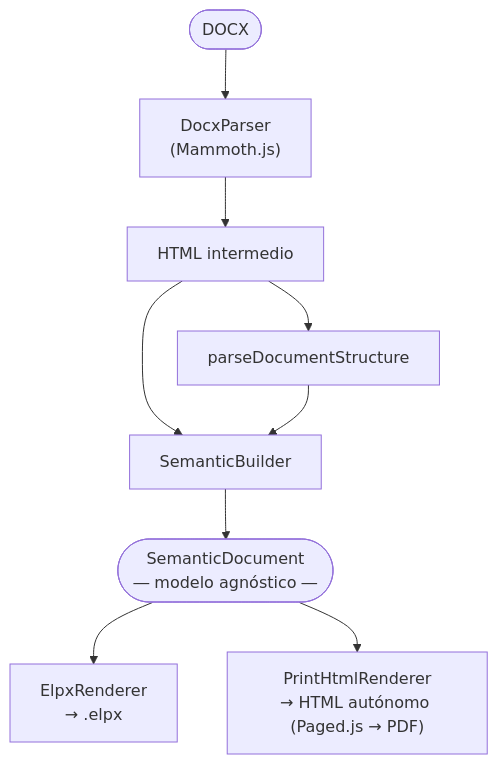
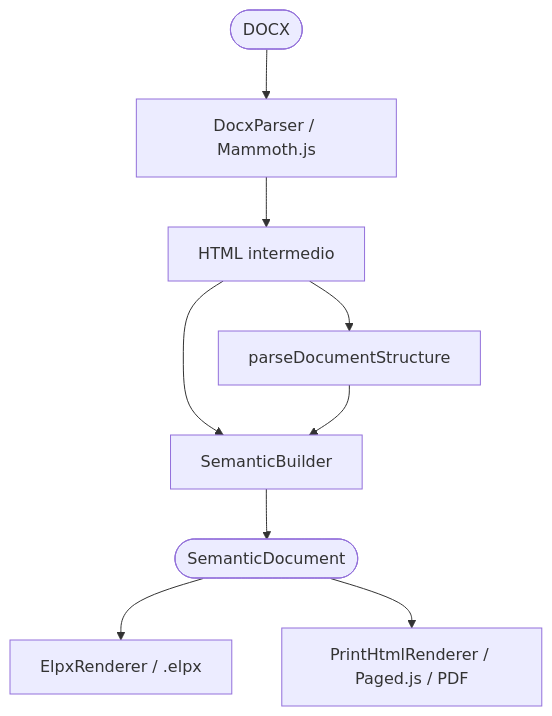
One commit to MarioFlorido/BUA-convertidor-exe changed the first of 3 diagrams in docs/architecture/ARCHITECTURE.md. Above: the diagram before and after it, drawn with Mermaid. The commit also changed other lines of this file and 2 other files, not shown here.

Commit message:
docs: simplificar sintaxis Mermaid - eliminar caracteres especiales

````diff
--- a/docs/architecture/ARCHITECTURE.md
+++ b/docs/architecture/ARCHITECTURE.md
@@ -5,11 +5,11 @@
 ```mermaid
 flowchart TD
-    DOCX([DOCX]) --> Parser["DocxParser\n(Mammoth.js)"]
+    DOCX([DOCX]) --> Parser[DocxParser / Mammoth.js]
     Parser --> HTML[HTML intermedio]
     HTML --> Struct[parseDocumentStructure]
     HTML --> Builder[SemanticBuilder]
     Struct --> Builder
-    Builder --> SemDoc(["SemanticDocument\n― modelo agnóstico ―"])
-    SemDoc --> ELPX["ElpxRenderer\n→ .elpx"]
-    SemDoc --> PDF["PrintHtmlRenderer\n→ HTML autónomo (Paged.js → PDF)"]
+    Builder --> SemDoc([SemanticDocument])
+    SemDoc --> ELPX[ElpxRenderer / .elpx]
+    SemDoc --> PDF[PrintHtmlRenderer / Paged.js / PDF]
 ```
````
